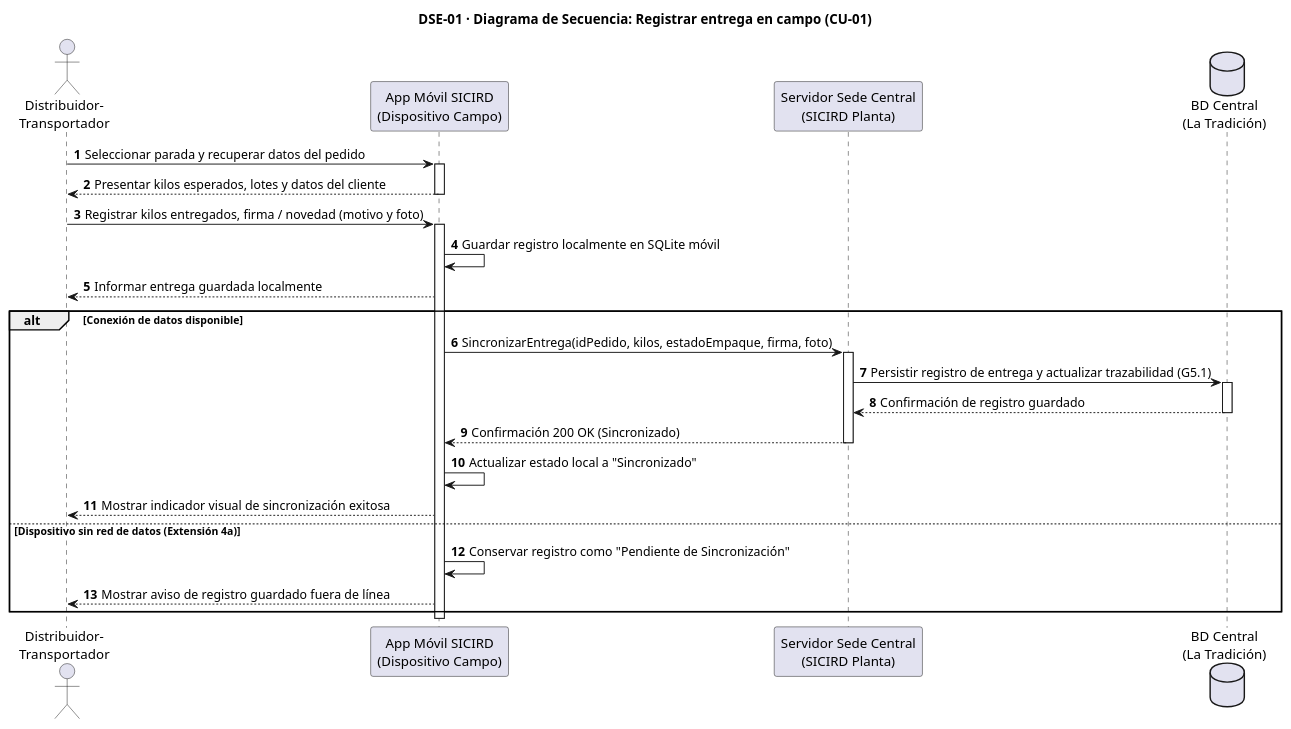
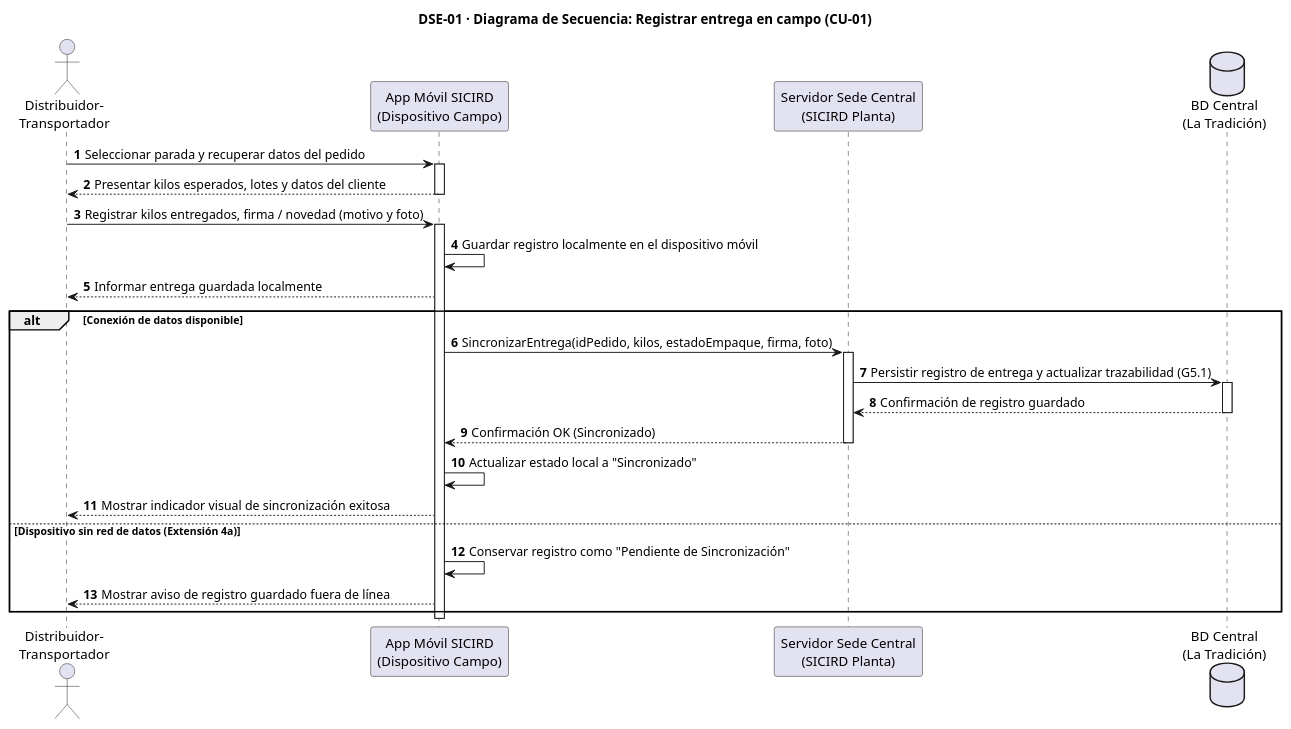
Before and after one commit to Kriner2005/2026-2-IReq-Grupo03: the diagram in DSE-01.puml, drawn with PlantUML. The commit also changed 4 other files, not shown here.

Commit message:
Some changes in diagrams

```diff
--- a/DSE-01.puml
+++ b/DSE-01.puml
@@ -1,38 +1,38 @@
 @startuml
 ' DSE-01 · Diagrama de Secuencia · CU-01 "Registrar una entrega en campo"
 title DSE-01 · Diagrama de Secuencia: Registrar entrega en campo (CU-01)
 autonumber
 
 actor "Distribuidor-\nTransportador" as CON
 participant "App Móvil SICIRD\n(Dispositivo Campo)" as APP
 participant "Servidor Sede Central\n(SICIRD Planta)" as SRV
 database "BD Central\n(La Tradición)" as DB
 
 CON -> APP: Seleccionar parada y recuperar datos del pedido
 activate APP
 APP --> CON: Presentar kilos esperados, lotes y datos del cliente
 deactivate APP
 
 CON -> APP: Registrar kilos entregados, firma / novedad (motivo y foto)
 activate APP
-APP -> APP: Guardar registro localmente en SQLite móvil
+APP -> APP: Guardar registro localmente en el dispositivo móvil
 APP --> CON: Informar entrega guardada localmente
 
 alt Conexión de datos disponible
   APP -> SRV: SincronizarEntrega(idPedido, kilos, estadoEmpaque, firma, foto)
   activate SRV
   SRV -> DB: Persistir registro de entrega y actualizar trazabilidad (G5.1)
   activate DB
   DB --> SRV: Confirmación de registro guardado
   deactivate DB
-  SRV --> APP: Confirmación 200 OK (Sincronizado)
+  SRV --> APP: Confirmación OK (Sincronizado)
   deactivate SRV
   APP -> APP: Actualizar estado local a "Sincronizado"
   APP --> CON: Mostrar indicador visual de sincronización exitosa
 else Dispositivo sin red de datos (Extensión 4a)
   APP -> APP: Conservar registro como "Pendiente de Sincronización"
   APP --> CON: Mostrar aviso de registro guardado fuera de línea
 end
 
 deactivate APP
 @enduml
```
